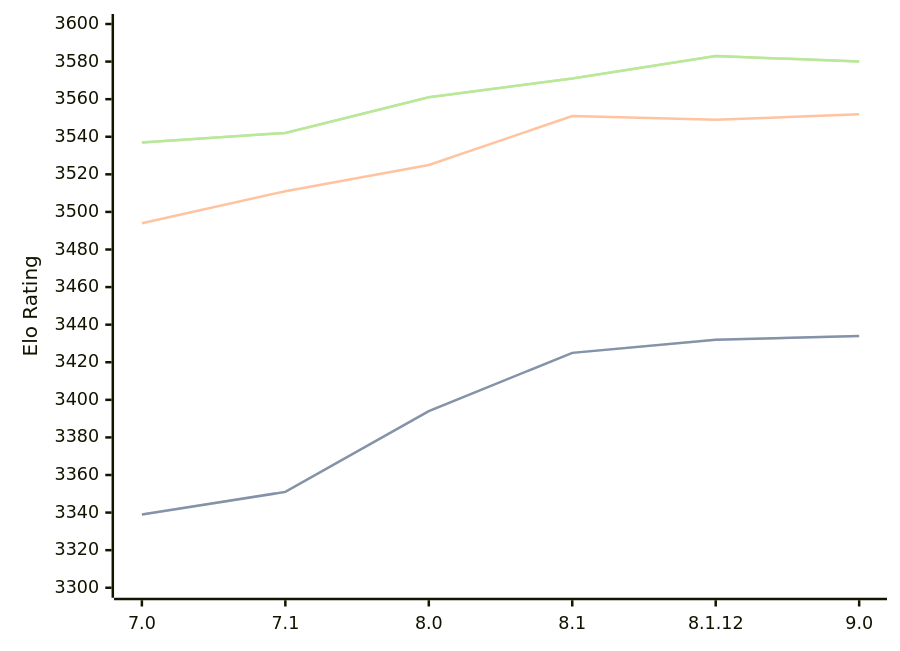
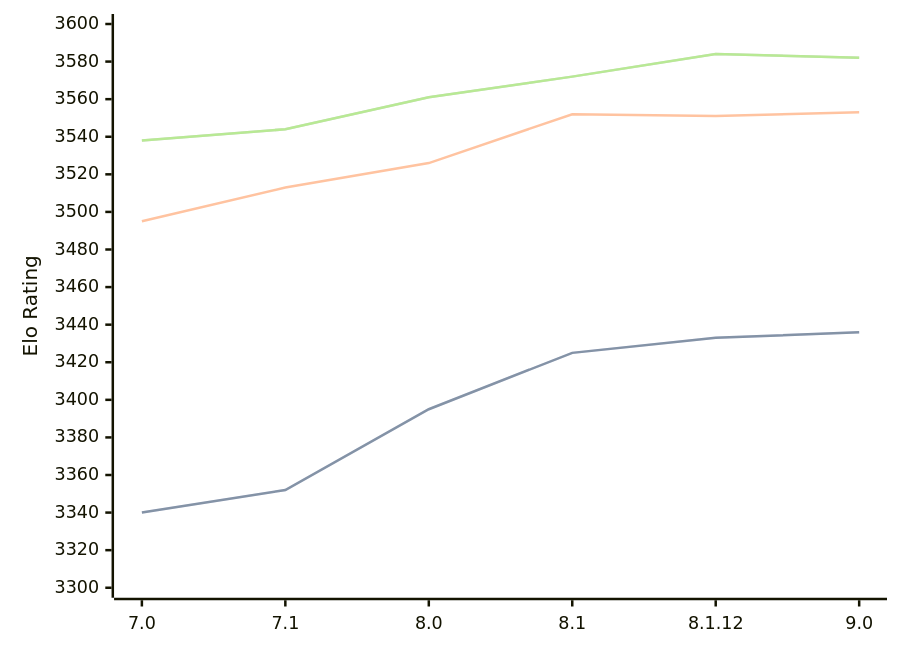
Before and after one commit to computer-chess-index/cci: the diagram in engines/Alexandria.md, drawn with Mermaid. The commit also changed other lines of this file, not shown here.

Commit message:
Update CCI Ratings (ELO VLTC) - 2026-09-13

````diff
--- a/engines/Alexandria.md
+++ b/engines/Alexandria.md
@@ -36,11 +36,11 @@
 ```mermaid
 %%{init: {"theme":"base","themeVariables":{"seriesColors:['#a3a3a3','#222221','#faa371']}}}%%
 xychart-beta
   x-axis ["7.0", "7.1", "8.0", "8.1", "8.1.12", "9.0"]
   y-axis "Elo Rating" 3300 --> 3600
-  line "" [3339, 3351, 3394, 3425, 3432, 3434]
-  line "STC (8.0+0.08s)" [3339, 3351, 3394, 3425, 3432, 3434]
-  line "LTC (60.0+0.60s)" [3494, 3511, 3525, 3551, 3549, 3552]
-  line "" [3537, 3542, 3561, 3571, 3583, 3580]
-  line "VLTC (2m24s+1.12s)" [3537, 3542, 3561, 3571, 3583, 3580]
+  line "" [3340, 3352, 3395, 3425, 3433, 3436]
+  line "STC (8.0+0.08s)" [3340, 3352, 3395, 3425, 3433, 3436]
+  line "LTC (60.0+0.60s)" [3495, 3513, 3526, 3552, 3551, 3553]
+  line "" [3538, 3544, 3561, 3572, 3584, 3582]
+  line "VLTC (2m24s+1.12s)" [3538, 3544, 3561, 3572, 3584, 3582]
 ```
````
